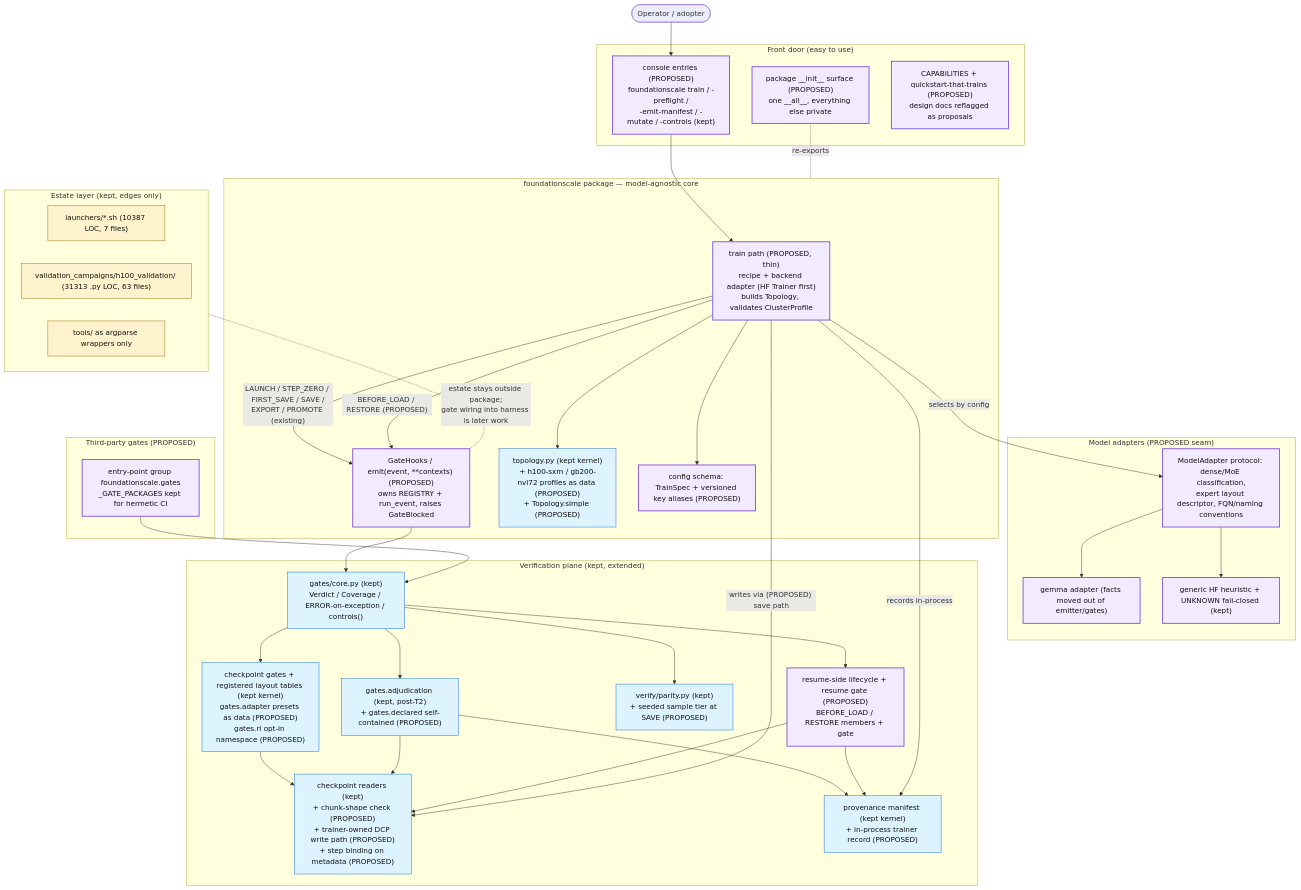
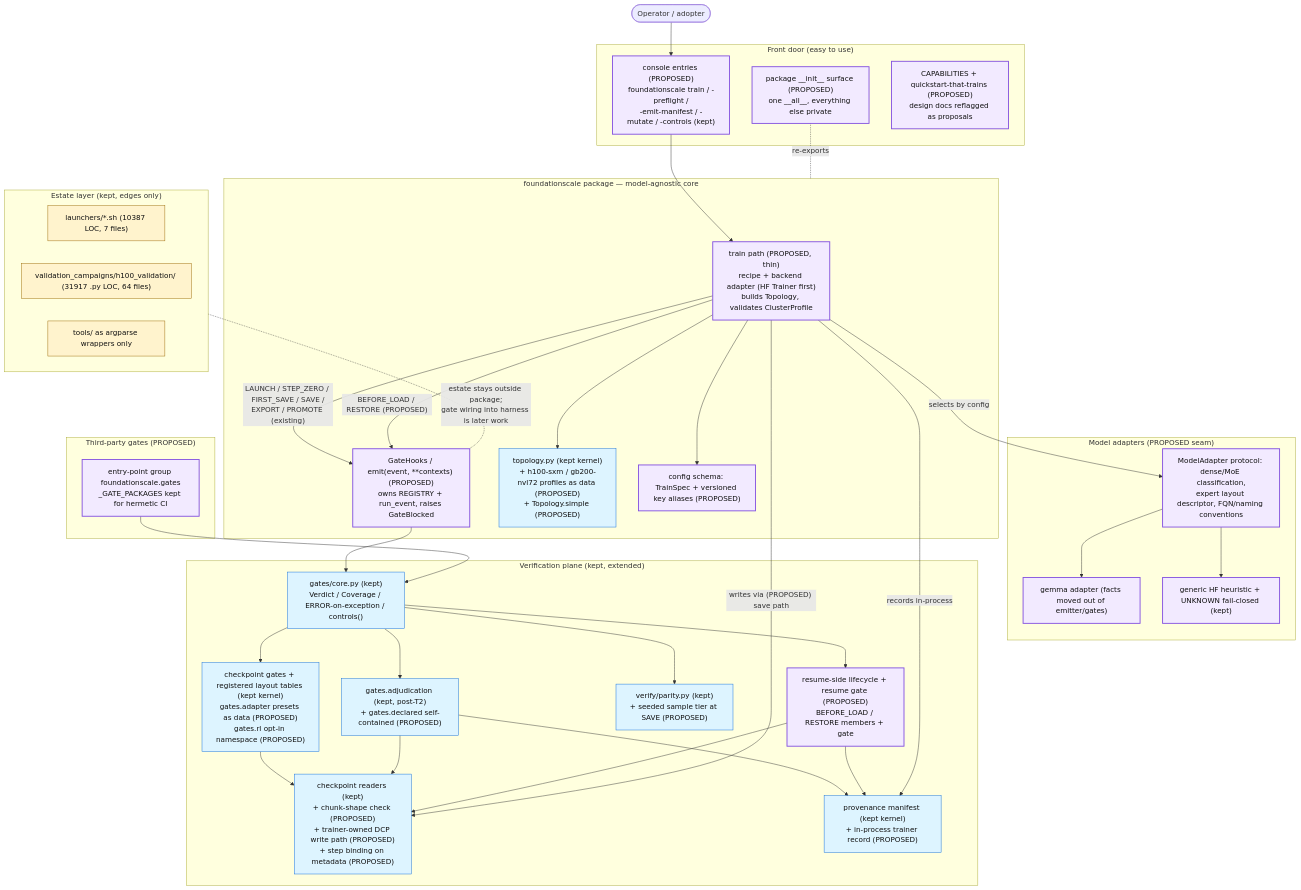
The diagram in docs/review/D5_proposed_architecture.md (TranNhiem/FoundationScale), drawn with Mermaid before and after one commit. The commit also changed other lines of this file and 7 other files, not shown here.

````diff
--- a/docs/review/D5_proposed_architecture.md
+++ b/docs/review/D5_proposed_architecture.md
@@ -13,74 +13,74 @@
 ```mermaid
 flowchart TB
   U(["Operator / adopter"])
 
   subgraph FRONT["Front door (easy to use)"]
     CLI["console entries (PROPOSED)<br/>foundationscale train / -preflight /<br/>-emit-manifest / -mutate / -controls (kept)"]
     SURF["package __init__ surface (PROPOSED)<br/>one __all__, everything else private"]
     DOCS["CAPABILITIES + quickstart-that-trains (PROPOSED)<br/>design docs reflagged as proposals"]
   end
 
   subgraph CORE["foundationscale package — model-agnostic core"]
     TRAIN["train path (PROPOSED, thin)<br/>recipe + backend adapter (HF Trainer first)<br/>builds Topology, validates ClusterProfile"]
     HOOKS["GateHooks / emit(event, **contexts) (PROPOSED)<br/>owns REGISTRY + run_event, raises GateBlocked"]
     TOPO["topology.py (kept kernel)<br/>+ h100-sxm / gb200-nvl72 profiles as data (PROPOSED)<br/>+ Topology.simple (PROPOSED)"]
     CONFIG["config schema: TrainSpec + versioned key aliases (PROPOSED)"]
   end
 
   subgraph ADAPT["Model adapters (PROPOSED seam)"]
     MA["ModelAdapter protocol: dense/MoE classification,<br/>expert layout descriptor, FQN/naming conventions"]
     GEM["gemma adapter (facts moved out of emitter/gates)"]
     HF["generic HF heuristic + UNKNOWN fail-closed (kept)"]
   end
 
   subgraph VERIFY["Verification plane (kept, extended)"]
     GCORE["gates/core.py (kept)<br/>Verdict / Coverage / ERROR-on-exception / controls()"]
     GCK["checkpoint gates + registered layout tables (kept kernel)<br/>gates.adapter presets as data (PROPOSED)<br/>gates.rl opt-in namespace (PROPOSED)"]
     ADJ["gates.adjudication (kept, post-T2)<br/>+ gates.declared self-contained (PROPOSED)"]
     PAR["verify/parity.py (kept)<br/>+ seeded sample tier at SAVE (PROPOSED)"]
     CKIO["checkpoint readers (kept)<br/>+ chunk-shape check (PROPOSED)<br/>+ trainer-owned DCP write path (PROPOSED)<br/>+ step binding on metadata (PROPOSED)"]
     PROV["provenance manifest (kept kernel)<br/>+ in-process trainer record (PROPOSED)"]
     RES["resume-side lifecycle + resume gate (PROPOSED)<br/>BEFORE_LOAD / RESTORE members + gate"]
   end
 
   subgraph PLUG["Third-party gates (PROPOSED)"]
     EP["entry-point group foundationscale.gates<br/>_GATE_PACKAGES kept for hermetic CI"]
   end
 
   subgraph ESTATE["Estate layer (kept, edges only)"]
     LAU["launchers/*.sh (10387 LOC, 7 files)"]
-    H100["validation_campaigns/h100_validation/ (31313 .py LOC, 63 files)"]
+    H100["validation_campaigns/h100_validation/ (31917 .py LOC, 64 files)"]
     WRAP["tools/ as argparse wrappers only"]
   end
 
   U --> CLI --> TRAIN
   SURF -. re-exports .- CORE
   TRAIN --> TOPO
   TRAIN --> CONFIG
   TRAIN -- "selects by config" --> MA
   MA --> GEM
   MA --> HF
   TRAIN -- "LAUNCH / STEP_ZERO / FIRST_SAVE / SAVE /<br/>EXPORT / PROMOTE (existing)" --> HOOKS
   TRAIN -- "BEFORE_LOAD / RESTORE (PROPOSED)" --> HOOKS
   HOOKS --> GCORE
   EP --> GCORE
   GCORE --> GCK
   GCORE --> ADJ
   GCORE --> PAR
   GCORE --> RES
   GCK --> CKIO
   ADJ --> CKIO
   ADJ --> PROV
   RES --> CKIO
   RES --> PROV
   TRAIN -- "writes via (PROPOSED) save path" --> CKIO
   TRAIN -- "records in-process" --> PROV
   ESTATE -. "estate stays outside package;<br/>gate wiring into harness is later work" .- HOOKS
 
   classDef new fill:#f2eaff,stroke:#8250df,stroke-width:2px,color:#111;
   classDef kept fill:#ddf4ff,stroke:#0969da,color:#111;
   classDef estate fill:#fff3cd,stroke:#9a6700,color:#111;
   class TRAIN,HOOKS,CLI,SURF,DOCS,MA,GEM,HF,RES,EP,CONFIG new;
   class GCORE,GCK,ADJ,PAR,CKIO,PROV,TOPO kept;
   class LAU,H100,WRAP estate;
 ```
````
